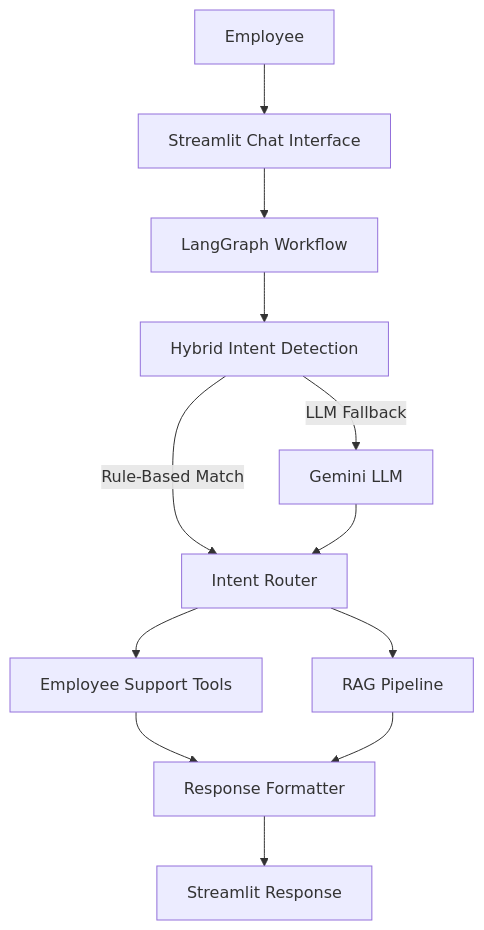
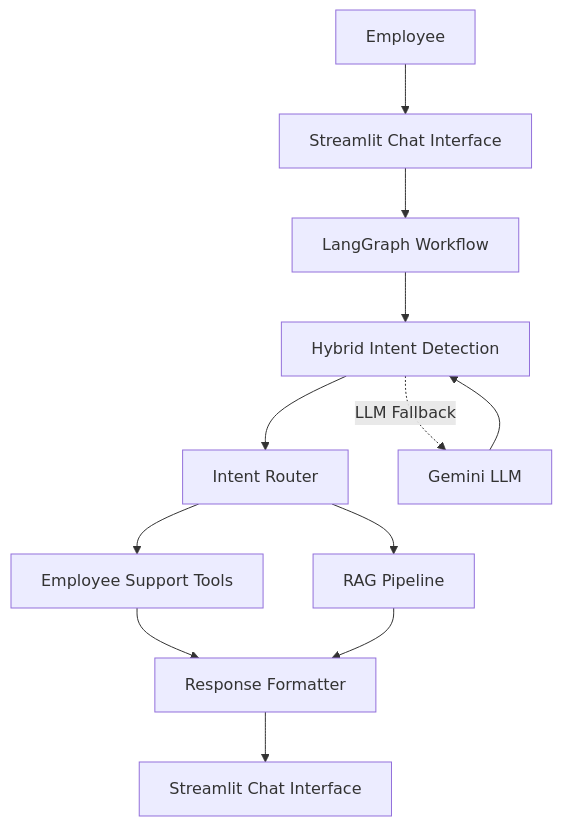
The diagram in README.md (bhanusri-123/Employee-support-ai), drawn with Mermaid before and after one commit.

Commit message:
Update README with improved diagram labels

````diff
--- a/README.md
+++ b/README.md
@@ -28,22 +28,22 @@
 ```mermaid
 flowchart TD
 
     A[Employee] --> B[Streamlit Chat Interface]
 
     B --> C[LangGraph Workflow]
 
     C --> D[Hybrid Intent Detection]
 
-    D -->|Rule-Based Match| E[Intent Router]
-    D -->|LLM Fallback| F[Gemini LLM]
+    D --> E[Intent Router]
 
-    F --> E
+    D -. LLM Fallback .-> F[Gemini LLM]
+    F --> D
 
     E --> G[Employee Support Tools]
     E --> H[RAG Pipeline]
 
     G --> I[Response Formatter]
     H --> I
 
-    I --> J[Streamlit Response]
+    I --> J[Streamlit Chat Interface]
 ```
````
